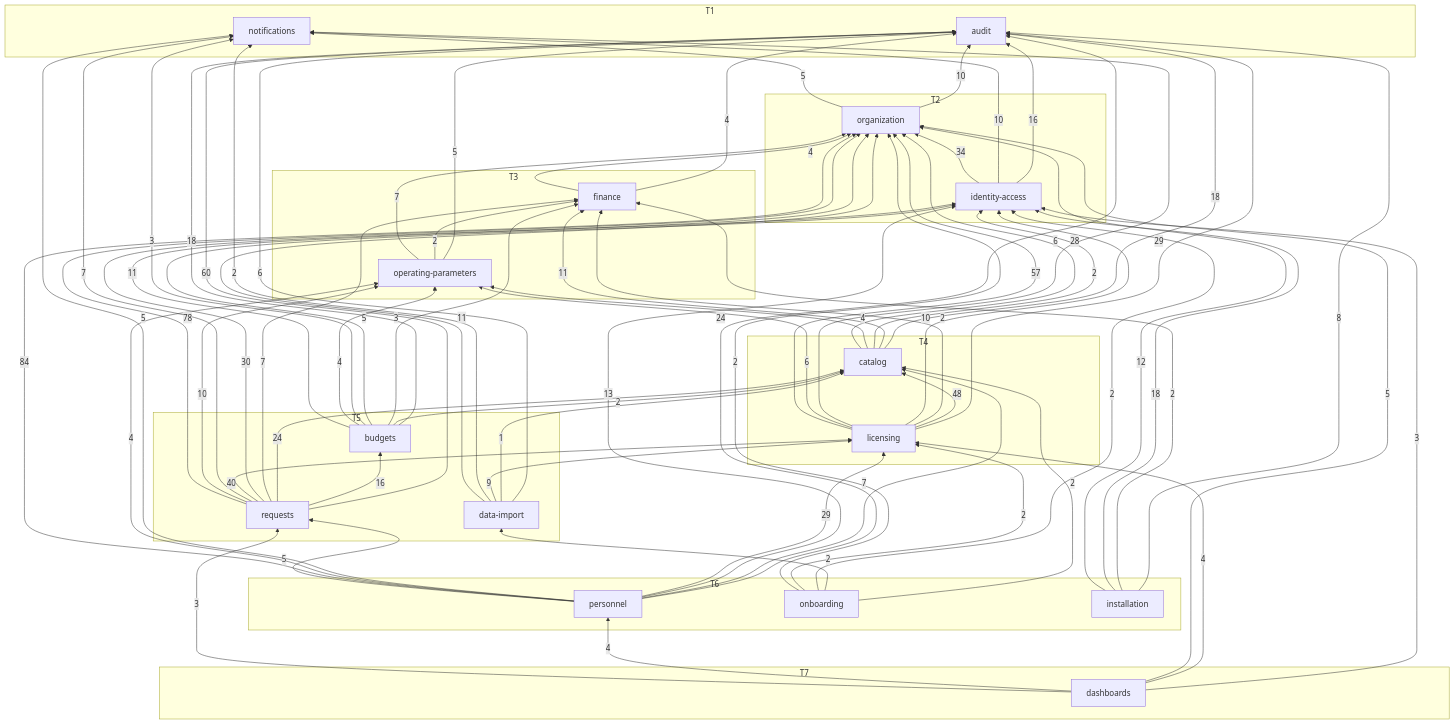
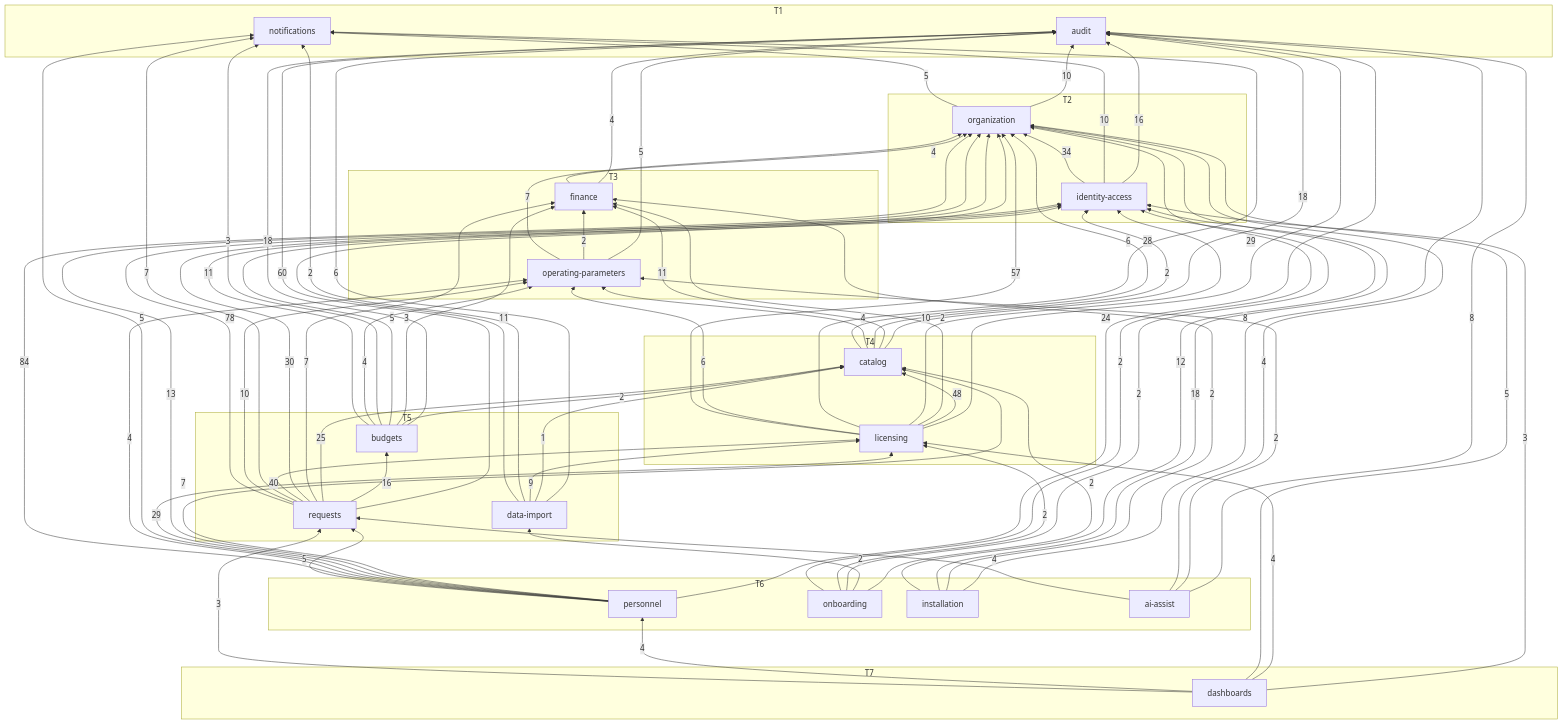
Before and after one commit to SEP490-FALL2026/BE-dev: the diagram in docs/generated/module-graph.md, drawn with Mermaid. The commit also changed other lines of this file and 100 other files, not shown here.

```diff
--- a/docs/generated/module-graph.md
+++ b/docs/generated/module-graph.md
@@ -30,10 +30,15 @@
     personnel["personnel"]
     onboarding["onboarding"]
     installation["installation"]
+    ai_assist["ai-assist"]
   end
   subgraph T7["T7"]
     dashboards["dashboards"]
   end
+  ai_assist -->|8| audit
+  ai_assist -->|2| operating_parameters
+  ai_assist -->|4| organization
+  ai_assist -->|4| requests
   budgets -->|18| audit
   budgets -->|2| catalog
   budgets -->|3| finance
@@ -92,7 +97,7 @@
   personnel -->|5| requests
   requests -->|60| audit
   requests -->|16| budgets
-  requests -->|24| catalog
+  requests -->|25| catalog
   requests -->|7| finance
   requests -->|30| identity_access
   requests -->|40| licensing
```
